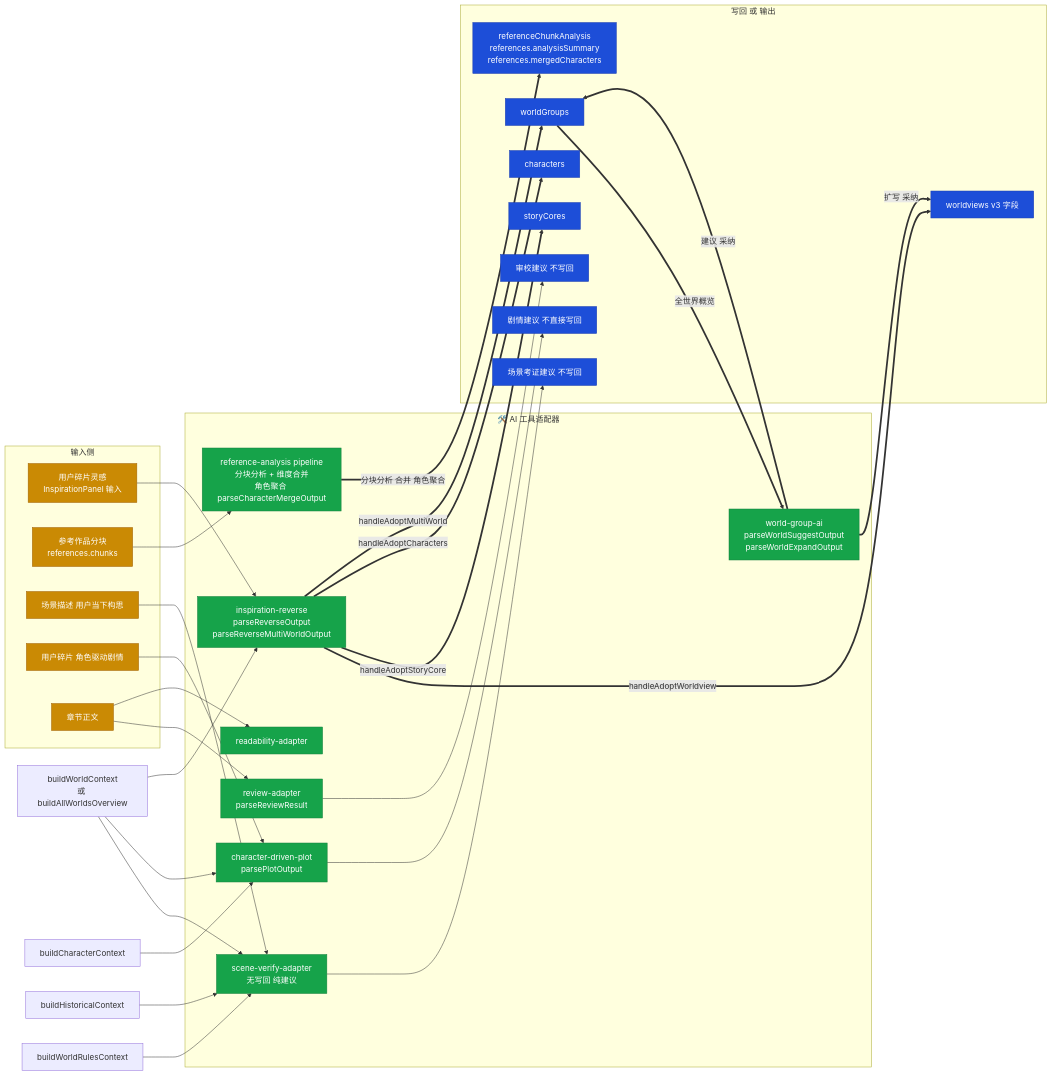
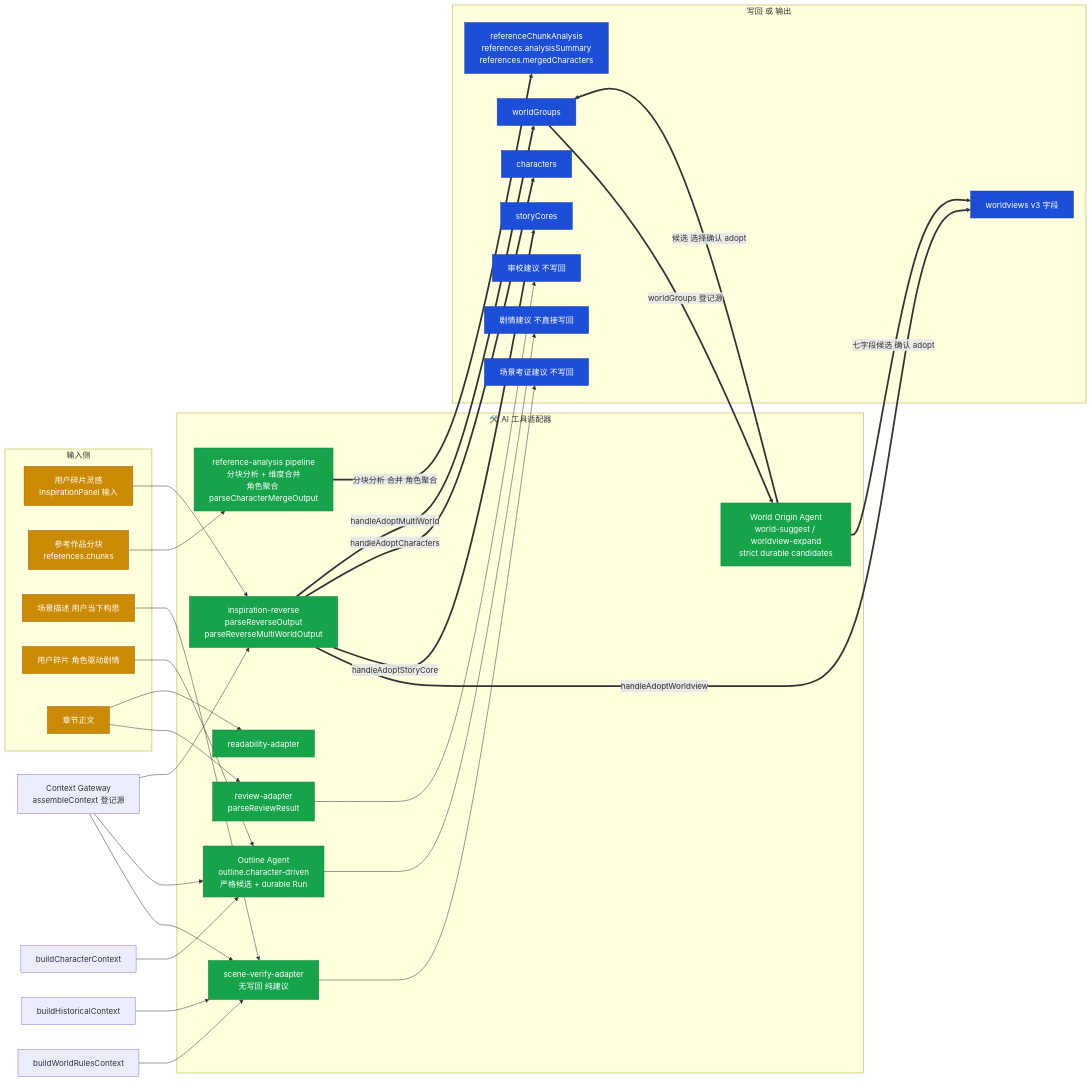
One commit to EstusFlask/storyforge changed the fifth of 15 diagrams in docs/DATA-FLOW-DIAGRAM.md. Above: the diagram before and after it, drawn with Mermaid. The commit also changed other lines of this file and 622 other files, not shown here.

````diff
--- a/docs/DATA-FLOW-DIAGRAM.md
+++ b/docs/DATA-FLOW-DIAGRAM.md
@@ -509,72 +544,72 @@
 ```mermaid
 flowchart LR
     subgraph INPUT["输入侧"]
         FRAG["用户碎片灵感<br/>InspirationPanel 输入"]
         REFC["参考作品分块<br/>references.chunks"]
         SCENE["场景描述 用户当下构思"]
         UA["用户碎片 角色驱动剧情"]
         CHAP_IN["章节正文"]
     end
 
     subgraph TOOLAI["🛠️ AI 工具适配器"]
         INV["inspiration-reverse<br/>parseReverseOutput<br/>parseReverseMultiWorldOutput"]
-        WGS["world-group-ai<br/>parseWorldSuggestOutput<br/>parseWorldExpandOutput"]
+        WGS["World Origin Agent<br/>world-suggest / worldview-expand<br/>strict durable candidates"]
         REFAN["reference-analysis pipeline<br/>分块分析 + 维度合并<br/>角色聚合 parseCharacterMergeOutput"]
         SCV["scene-verify-adapter<br/>无写回 纯建议"]
-        CDPA["character-driven-plot<br/>parsePlotOutput"]
+        CDPA["Outline Agent<br/>outline.character-driven<br/>严格候选 + durable Run"]
         REV["review-adapter<br/>parseReviewResult"]
         RDB["readability-adapter"]
     end
 
     subgraph OUT["写回 或 输出"]
         WV_OUT["worldviews v3 字段"]
         SC_OUT["storyCores"]
         CH_OUT["characters"]
         WG_OUT["worldGroups"]
         RA_OUT["referenceChunkAnalysis<br/>references.analysisSummary<br/>references.mergedCharacters"]
         ADVICE["场景考证建议 不写回"]
         PLOT_ADV["剧情建议 不直接写回"]
         REV_ADV["审校建议 不写回"]
     end
 
-    BLDWV2["buildWorldContext<br/>或 buildAllWorldsOverview"]
+    BLDWV2["Context Gateway<br/>assembleContext 登记源"]
     BLDCH2["buildCharacterContext"]
     HISTC["buildHistoricalContext"]
     WRC2["buildWorldRulesContext"]
     BLDWV2 --> SCV
     HISTC --> SCV
     WRC2 --> SCV
     BLDWV2 --> CDPA
     BLDCH2 --> CDPA
     BLDWV2 --> INV
 
     FRAG --> INV
     INV ==handleAdoptWorldview==> WV_OUT
     INV ==handleAdoptStoryCore==> SC_OUT
     INV ==handleAdoptCharacters==> CH_OUT
     INV ==handleAdoptMultiWorld==> WG_OUT
 
-    WG_OUT ==全世界概览==> WGS
-    WGS ==建议 采纳==> WG_OUT
-    WGS ==扩写 采纳==> WV_OUT
+    WG_OUT ==worldGroups 登记源==> WGS
+    WGS ==候选 选择确认 adopt==> WG_OUT
+    WGS ==七字段候选 确认 adopt==> WV_OUT
 
     REFC --> REFAN
     REFAN ==分块分析 合并 角色聚合==> RA_OUT
 
     SCENE --> SCV
     SCV --> ADVICE
 
     UA --> CDPA
     CDPA --> PLOT_ADV
 
     CHAP_IN --> REV
     REV --> REV_ADV
     CHAP_IN --> RDB
 
     classDef in fill:#ca8a04,stroke:#a16207,color:#fff;
     classDef tool fill:#16a34a,stroke:#15803d,color:#fff;
     classDef out fill:#1d4ed8,stroke:#1e40af,color:#fff;
     class FRAG,REFC,SCENE,UA,CHAP_IN in
     class INV,WGS,REFAN,SCV,CDPA,REV,RDB tool
     class WV_OUT,SC_OUT,CH_OUT,WG_OUT,RA_OUT,ADVICE,PLOT_ADV,REV_ADV out
 ```
````
